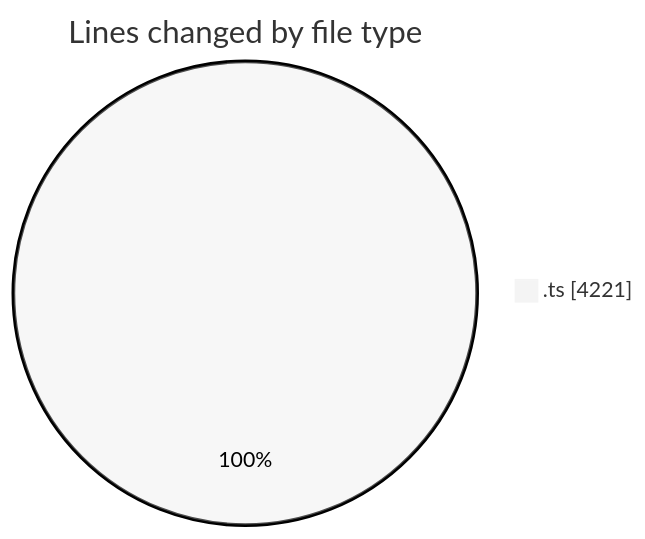
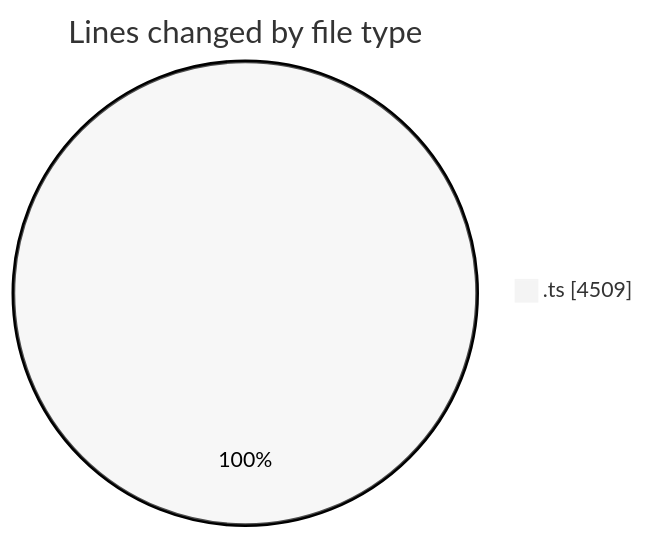
The first of 2 diagrams in 2026-02-04/singularitybrainai/README.md (tmsrecording-cyber/code-tracking), drawn with Mermaid (neutral theme) before and after one commit. The commit also changed other lines of this file and 1 other file, not shown here.

````diff
--- a/2026-02-04/singularitybrainai/README.md
+++ b/2026-02-04/singularitybrainai/README.md
@@ -24,5 +24,5 @@
 ```mermaid
 pie showData
 title Lines changed by file type
-".ts" : 4221
+".ts" : 4509
 ```
````
